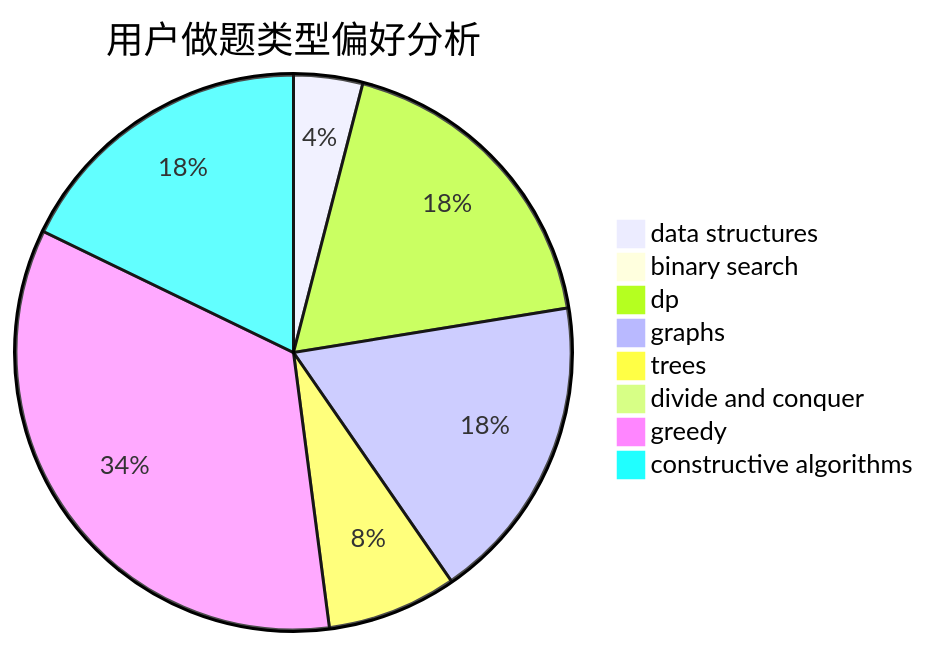
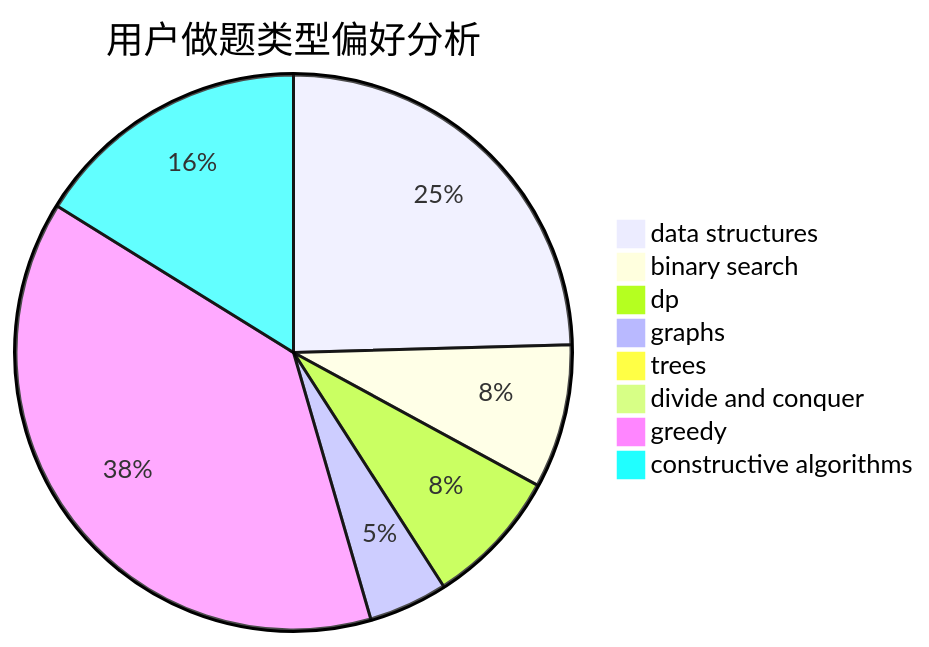
Before and after one commit to sherpahu/cfrs.github.io: the second of 3 diagrams in docs/user/u558.md, drawn with Mermaid. The commit also changed other lines of this file and 2770 other files, not shown here.

````diff
--- a/docs/user/u558.md
+++ b/docs/user/u558.md
@@ -23,11 +23,11 @@
 ```mermaid
 pie title 用户做题类型偏好分析
-    "data structures" :  34
-    "binary search" :  0
-    "dp" :  156
-    "graphs" :  152
-    "trees" :  64
+    "data structures" :  123
+    "binary search" :  42
+    "dp" :  40
+    "graphs" :  23
+    "trees" :  0
     "divide and conquer" :  0
-    "greedy" :  290
-    "constructive algorithms" :  151
+    "greedy" :  192
+    "constructive algorithms" :  81
 ```
````
